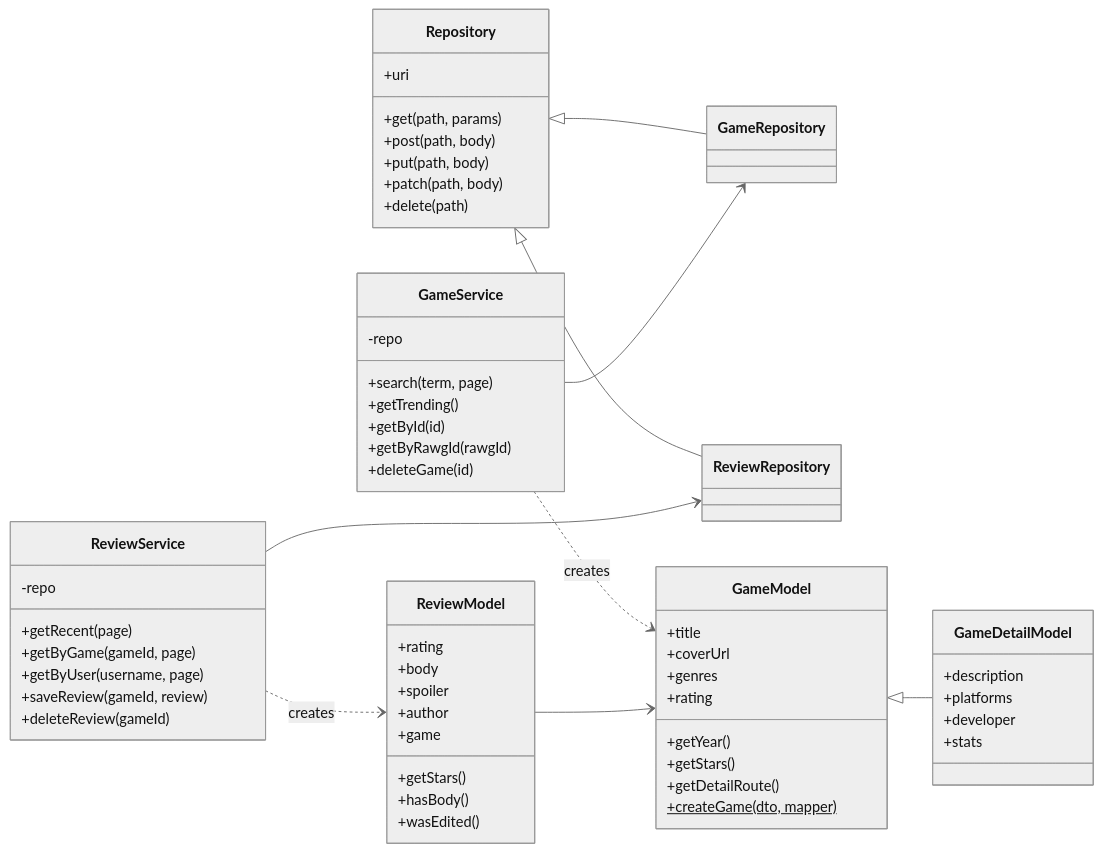
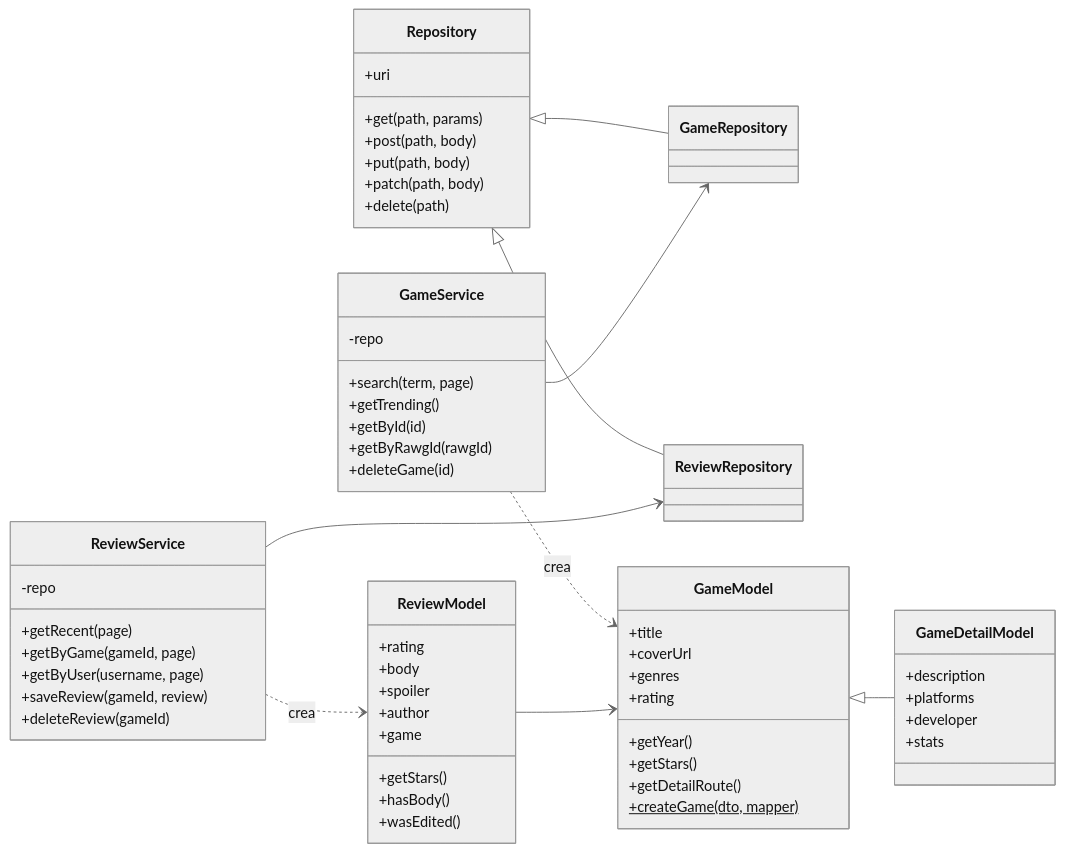
One commit to joseang1/gametracker-frontend changed the second of 2 diagrams in README.md. Above: the diagram before and after it, drawn with Mermaid (neutral theme). The commit also changed other lines of this file, not shown here.

````diff
--- a/README.md
+++ b/README.md
@@ -167,64 +167,64 @@
 ```mermaid
 classDiagram
     direction LR
     class Repository {
         +uri
         +get(path, params)
         +post(path, body)
         +put(path, body)
         +patch(path, body)
         +delete(path)
     }
     class GameRepository
     class ReviewRepository
     class GameService {
         -repo
         +search(term, page)
         +getTrending()
         +getById(id)
         +getByRawgId(rawgId)
         +deleteGame(id)
     }
     class ReviewService {
         -repo
         +getRecent(page)
         +getByGame(gameId, page)
         +getByUser(username, page)
         +saveReview(gameId, review)
         +deleteReview(gameId)
     }
     class GameModel {
         +title
         +coverUrl
         +genres
         +rating
         +getYear()
         +getStars()
         +getDetailRoute()
         +createGame(dto, mapper)$
     }
     class GameDetailModel {
         +description
         +platforms
         +developer
         +stats
     }
     class ReviewModel {
         +rating
         +body
         +spoiler
         +author
         +game
         +getStars()
         +hasBody()
         +wasEdited()
     }
     Repository <|-- GameRepository
     Repository <|-- ReviewRepository
     GameService --> GameRepository
     ReviewService --> ReviewRepository
     GameModel <|-- GameDetailModel
-    GameService ..> GameModel : creates
-    ReviewService ..> ReviewModel : creates
+    GameService ..> GameModel : crea
+    ReviewService ..> ReviewModel : crea
     ReviewModel --> GameModel
 ```
````
